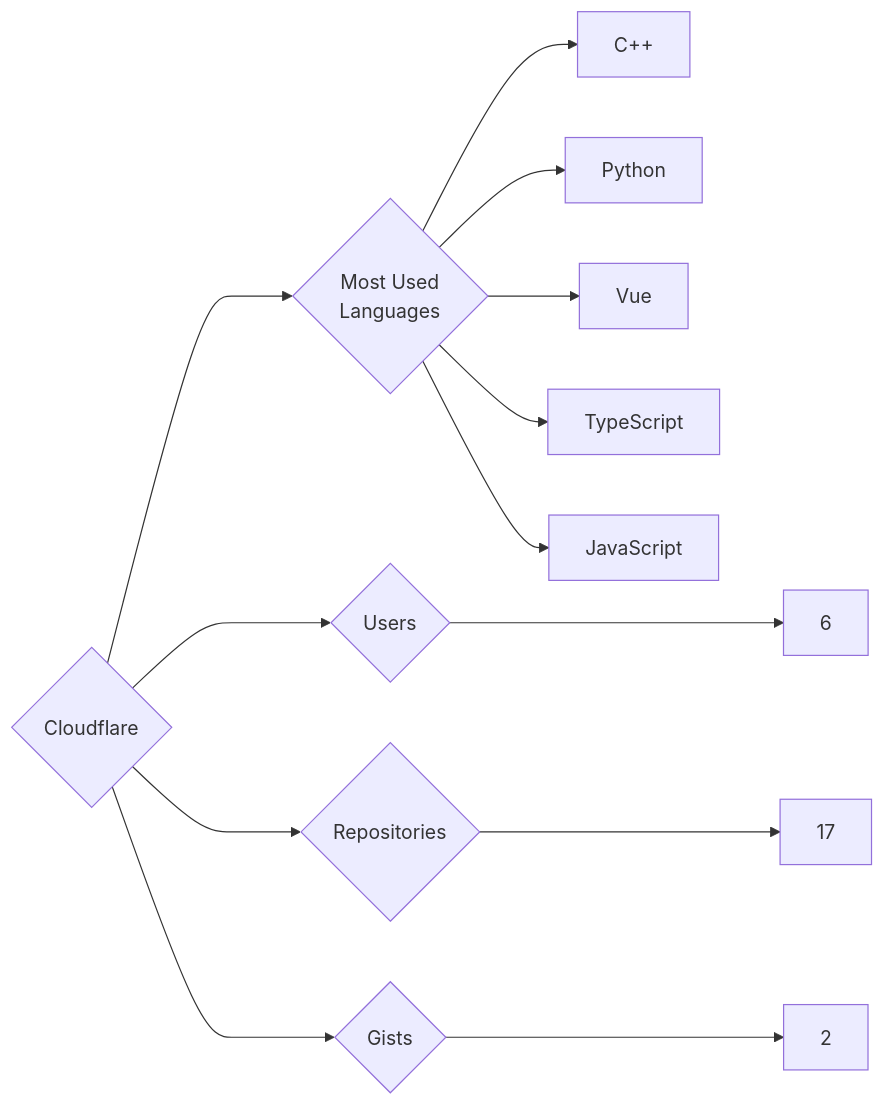
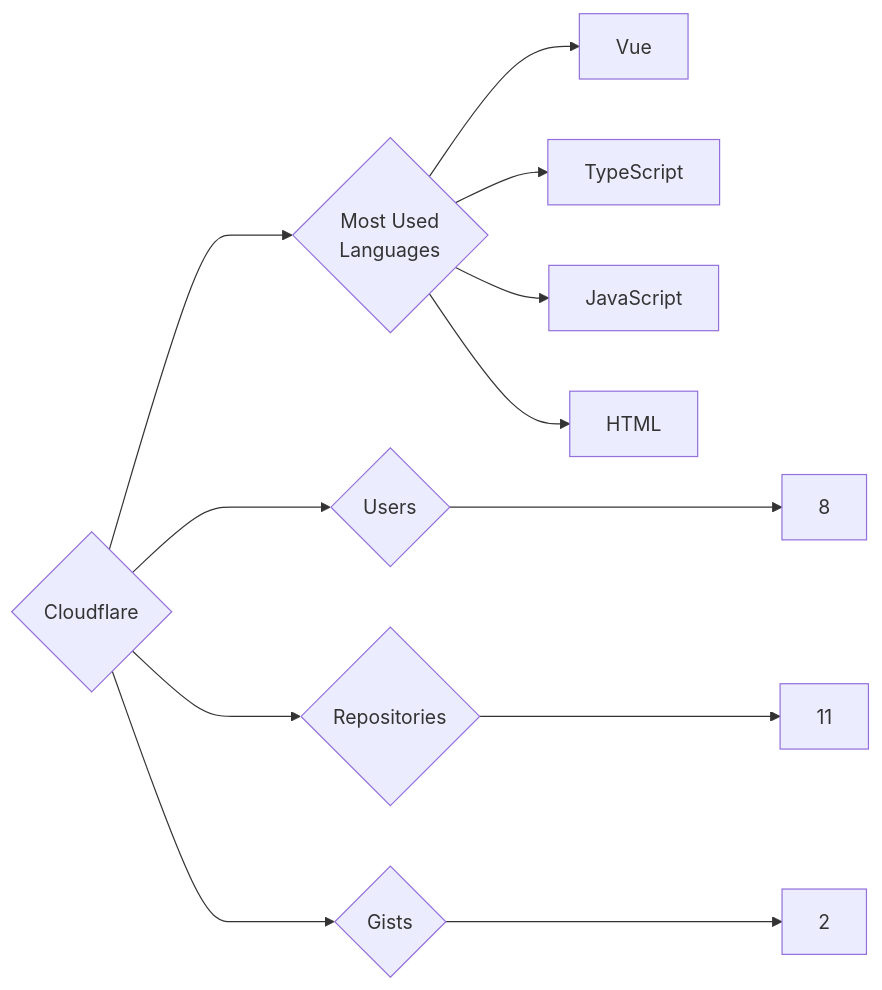
The diagram in targets/Cloudflare/README.md (trickest/insiders), drawn with Mermaid before and after one commit. The commit also changed 1055 other files, not shown here.

````diff
--- a/targets/Cloudflare/README.md
+++ b/targets/Cloudflare/README.md
@@ -3,13 +3,12 @@
 ```mermaid
 graph LR
 COMPANY_NAME{Cloudflare}
-COMPANY_NAME ---> U{Users} ---> UN[6]
-COMPANY_NAME ---> R{Repositories} ---> RN[17]
+COMPANY_NAME ---> U{Users} ---> UN[8]
+COMPANY_NAME ---> R{Repositories} ---> RN[11]
 COMPANY_NAME ---> G{Gists} ---> GN[2]
 COMPANY_NAME ---> ML{Most Used<br>Languages}
-ML --> C++[C++]
-ML --> Python[Python]
 ML --> Vue[Vue]
 ML --> TypeScript[TypeScript]
 ML --> JavaScript[JavaScript]
+ML --> HTML[HTML]
 ```
````
